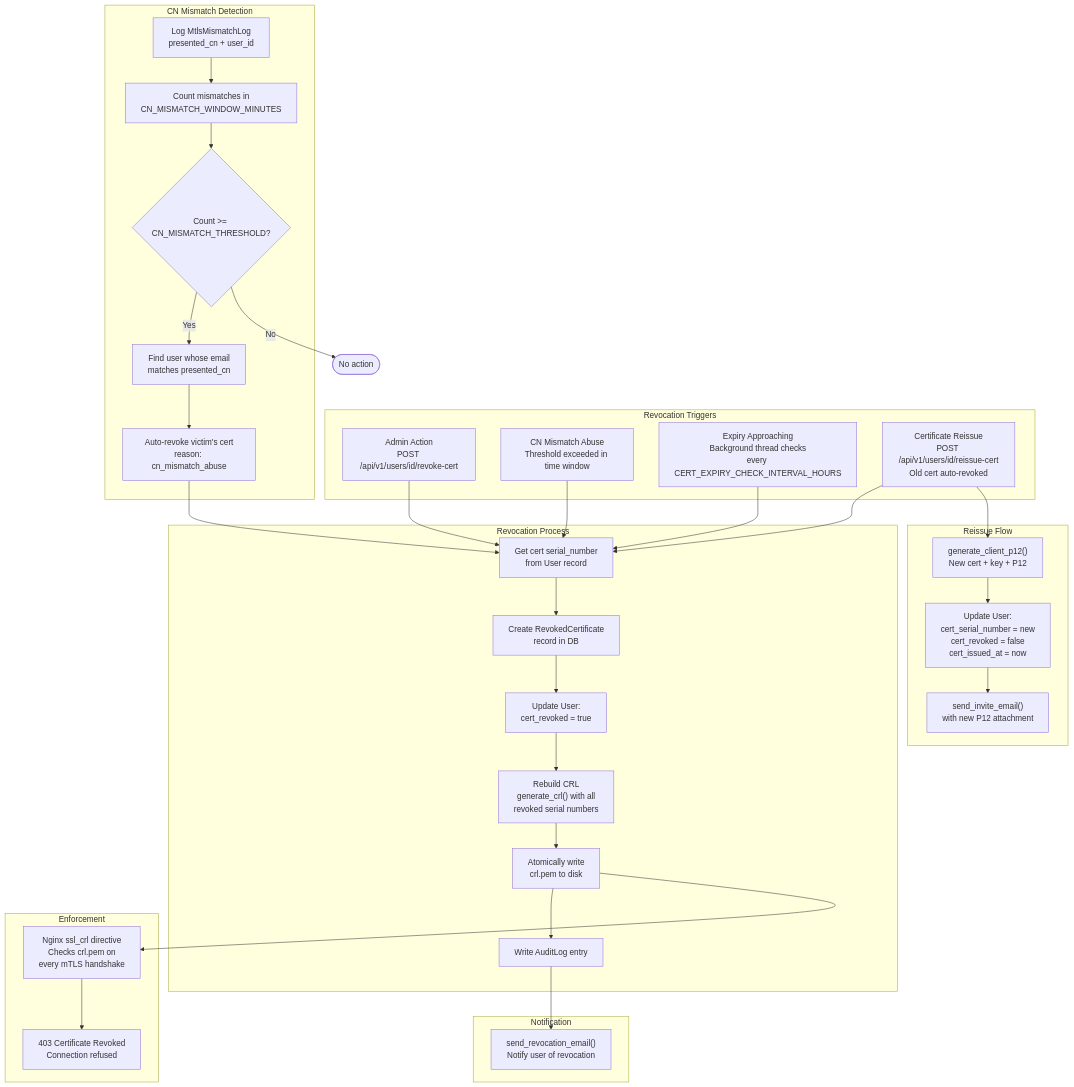
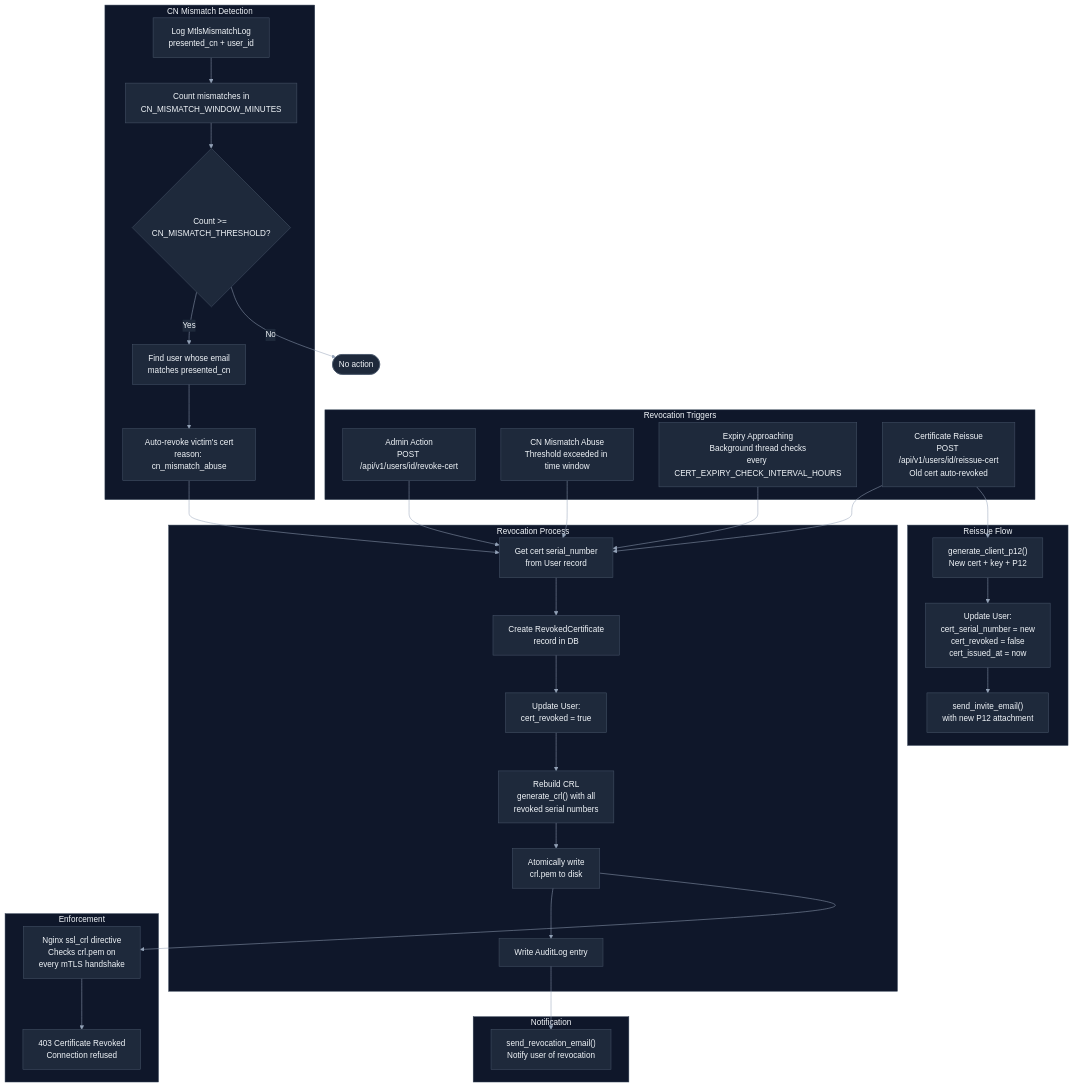
Before and after one commit to andreas-04/thumbs-up: the diagram in docs/diagrams/09-certificate-revocation.mmd, drawn with Mermaid. The commit also changed 20 other files, not shown here.

```diff
--- a/docs/diagrams/09-certificate-revocation.mmd
+++ b/docs/diagrams/09-certificate-revocation.mmd
@@ -1,62 +1,65 @@
+%%{init: {'theme': 'base', 'themeVariables': {'primaryColor': '#1e293b', 'primaryTextColor': '#f1f5f9', 'primaryBorderColor': '#475569', 'lineColor': '#94a3b8', 'secondaryColor': '#0f172a', 'tertiaryColor': '#1e293b', 'background': '#0f172a', 'mainBkg': '#1e293b', 'nodeBorder': '#475569', 'clusterBkg': '#0f172a', 'clusterBorder': '#334155', 'titleColor': '#f1f5f9', 'edgeLabelBackground': '#1e293b', 'fontFamily': 'monospace'}}}%%
 flowchart TD
     subgraph Triggers["Revocation Triggers"]
         AdminRevoke["Admin Action<br/>POST /api/v1/users/id/revoke-cert"]
         CNAbuse["CN Mismatch Abuse<br/>Threshold exceeded in time window"]
         ExpiryApproach["Expiry Approaching<br/>Background thread checks<br/>every CERT_EXPIRY_CHECK_INTERVAL_HOURS"]
         Reissue["Certificate Reissue<br/>POST /api/v1/users/id/reissue-cert<br/>Old cert auto-revoked"]
     end
 
     subgraph RevocationProcess["Revocation Process"]
         GetSerial["Get cert serial_number<br/>from User record"]
         CreateRecord["Create RevokedCertificate<br/>record in DB"]
         UpdateUser["Update User:<br/>cert_revoked = true"]
         RebuildCRL["Rebuild CRL<br/>generate_crl() with all<br/>revoked serial numbers"]
         WriteCRL["Atomically write<br/>crl.pem to disk"]
         AuditEntry["Write AuditLog entry"]
     end
 
     subgraph Notification["Notification"]
         SendEmail["send_revocation_email()<br/>Notify user of revocation"]
     end
 
     subgraph Enforcement["Enforcement"]
         NginxCRL["Nginx ssl_crl directive<br/>Checks crl.pem on<br/>every mTLS handshake"]
         Reject["403 Certificate Revoked<br/>Connection refused"]
     end
 
     subgraph ReissueFlow["Reissue Flow"]
         GenNewCert["generate_client_p12()<br/>New cert + key + P12"]
         UpdateSerial["Update User:<br/>cert_serial_number = new<br/>cert_revoked = false<br/>cert_issued_at = now"]
         EmailNewCert["send_invite_email()<br/>with new P12 attachment"]
     end
 
     AdminRevoke --> GetSerial
     CNAbuse --> GetSerial
     ExpiryApproach --> GetSerial
     Reissue --> GetSerial
 
     GetSerial --> CreateRecord
     CreateRecord --> UpdateUser
     UpdateUser --> RebuildCRL
     RebuildCRL --> WriteCRL
     WriteCRL --> AuditEntry
     AuditEntry --> SendEmail
 
     WriteCRL --> NginxCRL
     NginxCRL --> Reject
 
     Reissue --> GenNewCert
     GenNewCert --> UpdateSerial
     UpdateSerial --> EmailNewCert
 
     subgraph CNMismatchDetail["CN Mismatch Detection"]
         LogMismatch["Log MtlsMismatchLog<br/>presented_cn + user_id"]
         CountWindow["Count mismatches in<br/>CN_MISMATCH_WINDOW_MINUTES"]
         ThresholdCheck{Count >= <br/>CN_MISMATCH_THRESHOLD?}
         FindAbused["Find user whose email<br/>matches presented_cn"]
         AutoRevoke["Auto-revoke victim's cert<br/>reason: cn_mismatch_abuse"]
     end
 
     LogMismatch --> CountWindow --> ThresholdCheck
     ThresholdCheck -->|Yes| FindAbused --> AutoRevoke --> GetSerial
     ThresholdCheck -->|No| Ignore(["No action"])
+    classDef darkNode fill:#1e293b,stroke:#475569,color:#f1f5f9
+    class AdminRevoke,CNAbuse,ExpiryApproach,Reissue,GetSerial,CreateRecord,UpdateUser,RebuildCRL,WriteCRL,AuditEntry,SendEmail,NginxCRL,Reject,GenNewCert,UpdateSerial,EmailNewCert,LogMismatch,CountWindow,FindAbused,AutoRevoke,Ignore darkNode
```
